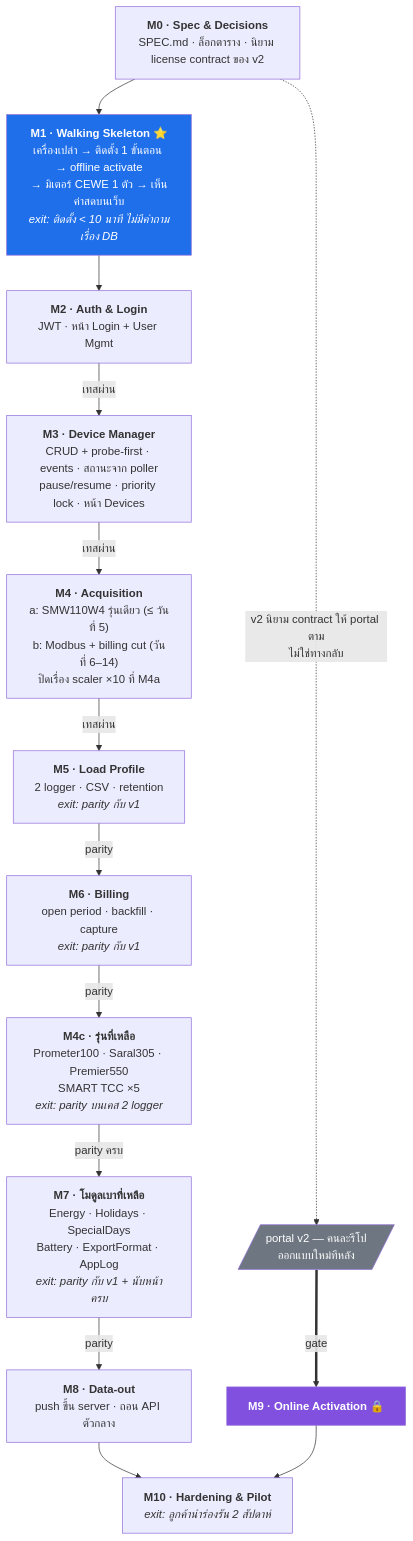
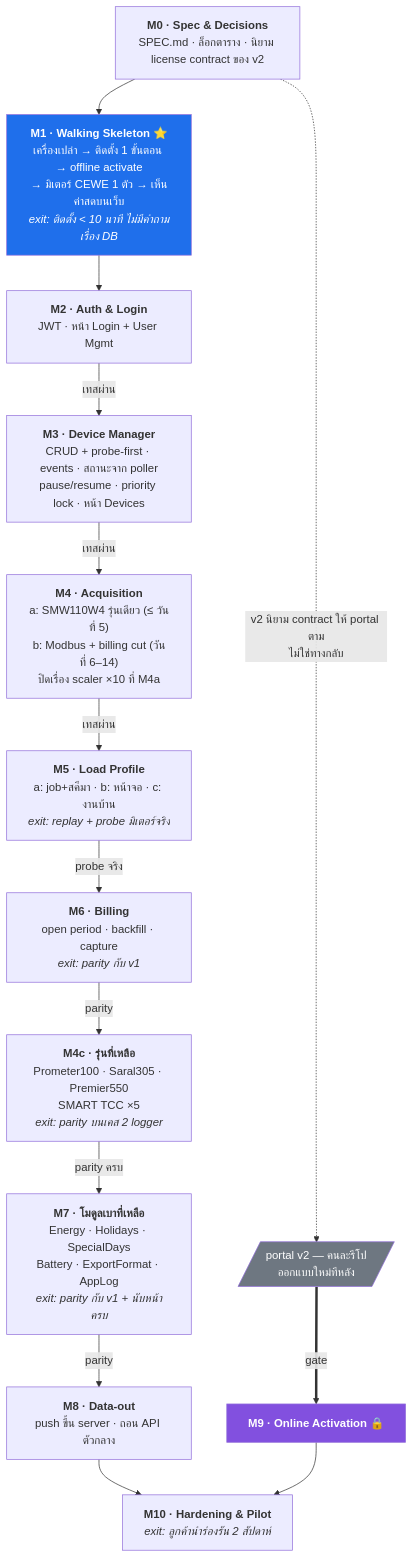
One commit to sunchanin/arichds-application-v2 changed the second of 4 diagrams in docs/REMAKE-PLAN.md. Above: the diagram before and after it, drawn with Mermaid. The commit also changed other lines of this file and 1 other file, not shown here.

First line of the commit message:
docs: M5 grilling outcome - three phases, and its exit is no longer parity with v1

````diff
--- a/docs/REMAKE-PLAN.md
+++ b/docs/REMAKE-PLAN.md
@@ -65,24 +65,24 @@
 ```mermaid
 flowchart TD
     M0["<b>M0 · Spec & Decisions</b><br/>SPEC.md · ล็อกตาราง · นิยาม license contract ของ v2"]
     M1["<b>M1 · Walking Skeleton</b> ⭐<br/>เครื่องเปล่า → ติดตั้ง 1 ขั้นตอน → offline activate<br/>→ มิเตอร์ CEWE 1 ตัว → เห็นค่าสดบนเว็บ<br/><i>exit: ติดตั้ง &lt; 10 นาที ไม่มีคำถามเรื่อง DB</i>"]
     M2["<b>M2 · Auth & Login</b><br/>JWT · หน้า Login + User Mgmt"]
     M3["<b>M3 · Device Manager</b><br/>CRUD + probe-first · events · สถานะจาก poller<br/>pause/resume · priority lock · หน้า Devices"]
     M4["<b>M4 · Acquisition</b><br/>a: SMW110W4 รุ่นเดียว (≤ วันที่ 5)<br/>b: Modbus + billing cut (วันที่ 6–14)<br/>ปิดเรื่อง scaler ×10 ที่ M4a"]
     M4C["<b>M4c · รุ่นที่เหลือ</b><br/>Prometer100 · Saral305 · Premier550<br/>SMART TCC ×5<br/><i>exit: parity บนเคส 2 logger</i>"]
-    M5["<b>M5 · Load Profile</b><br/>2 logger · CSV · retention<br/><i>exit: parity กับ v1</i>"]
+    M5["<b>M5 · Load Profile</b><br/>a: job+สคีมา · b: หน้าจอ · c: งานบ้าน<br/><i>exit: replay + probe มิเตอร์จริง</i>"]
     M6["<b>M6 · Billing</b><br/>open period · backfill · capture<br/><i>exit: parity กับ v1</i>"]
     M7["<b>M7 · โมดูลเบาที่เหลือ</b><br/>Energy · Holidays · SpecialDays<br/>Battery · ExportFormat · AppLog<br/><i>exit: parity กับ v1 + นับหน้าครบ</i>"]
     M8["<b>M8 · Data-out</b><br/>push ขึ้น server · ถอน API ตัวกลาง"]
     M9["<b>M9 · Online Activation</b> 🔒"]
     M10["<b>M10 · Hardening & Pilot</b><br/><i>exit: ลูกค้านำร่องรัน 2 สัปดาห์</i>"]
     PORTAL[/"portal v2 — คนละรีโป<br/>ออกแบบใหม่ทีหลัง"/]
 
-    M0 --> M1 --> M2 -- "เทสผ่าน" --> M3 -- "เทสผ่าน" --> M4 -- "เทสผ่าน" --> M5 -- "parity" --> M6 -- "parity" --> M4C -- "parity ครบ" --> M7 -- "parity" --> M8 --> M10
+    M0 --> M1 --> M2 -- "เทสผ่าน" --> M3 -- "เทสผ่าน" --> M4 -- "เทสผ่าน" --> M5 -- "probe จริง" --> M6 -- "parity" --> M4C -- "parity ครบ" --> M7 -- "parity" --> M8 --> M10
     M0 -. "v2 นิยาม contract ให้ portal ตาม<br/>ไม่ใช่ทางกลับ" .-> PORTAL
     PORTAL == "gate" ==> M9 --> M10
 
     style M1 fill:#1f6feb,color:#fff
     style M9 fill:#8250df,color:#fff
     style PORTAL fill:#6e7781,color:#fff
 ```
````
